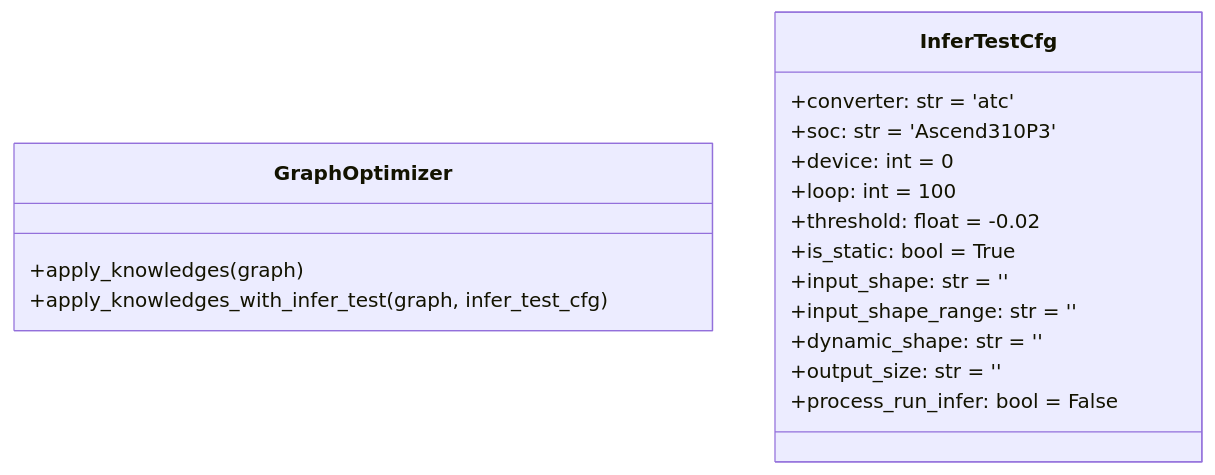
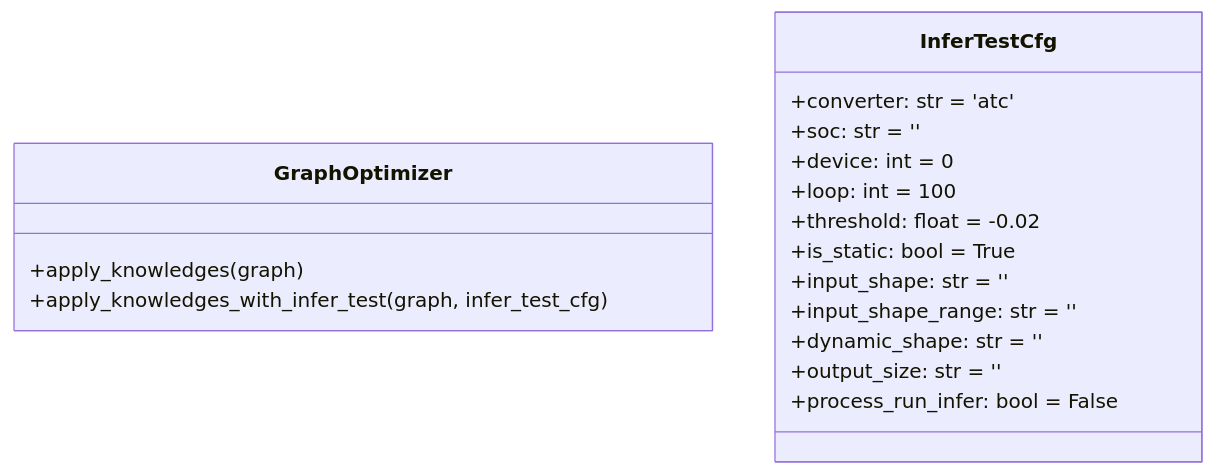
Before and after one commit to xiaobingling93-pixel/Ascend-msit: the diagram in msit/components/debug/surgeon/docs/graph_optimizer/graph_optimizer.md, drawn with Mermaid. The commit also changed 21 other files, not shown here.

````diff
--- a/msit/components/debug/surgeon/docs/graph_optimizer/graph_optimizer.md
+++ b/msit/components/debug/surgeon/docs/graph_optimizer/graph_optimizer.md
@@ -11,21 +11,21 @@
 ```mermaid
 classDiagram
     class GraphOptimizer {
         +apply_knowledges(graph)
         +apply_knowledges_with_infer_test(graph, infer_test_cfg)
     }
 
     class InferTestCfg {
         +converter: str = 'atc'
-        +soc: str = 'Ascend310P3'
+        +soc: str = '<soc_version>'
         +device: int = 0
         +loop: int = 100
         +threshold: float = -0.02
         +is_static: bool = True
         +input_shape: str = ''
         +input_shape_range: str = ''
         +dynamic_shape: str = ''
         +output_size: str = ''
         +process_run_infer: bool = False
     }
 ```
````
